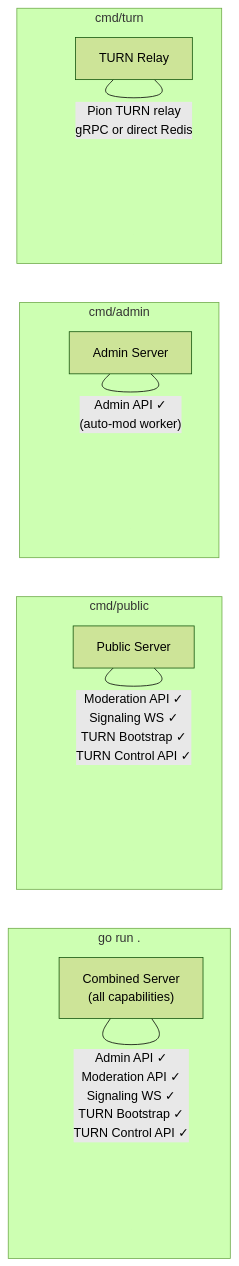
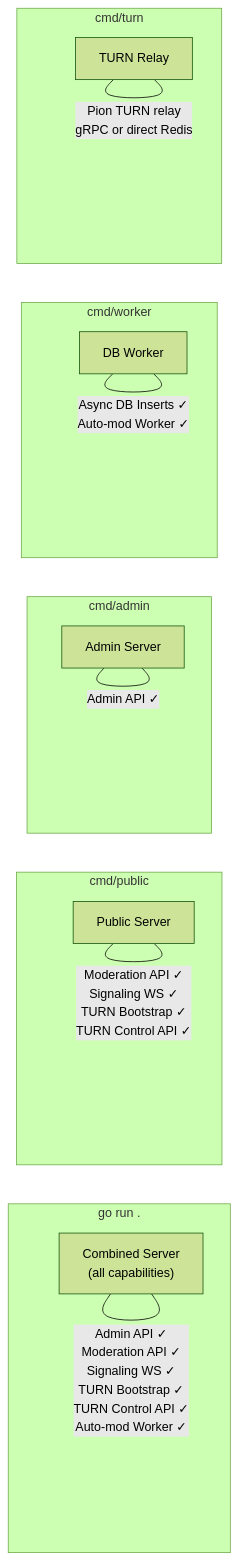
Before and after one commit to alessblaze/pairline: diagram 11 of 13 in ARCHITECTURE.md, drawn with Mermaid (forest theme). The commit also changed other lines of this file and 4 other files, not shown here.

````diff
--- a/ARCHITECTURE.md
+++ b/ARCHITECTURE.md
@@ -532,26 +544,32 @@
 ```mermaid
 graph LR
     subgraph "go run ."
         Combined["Combined Server<br/>(all capabilities)"]
     end
 
     subgraph "cmd/public"
         Public["Public Server"]
     end
 
     subgraph "cmd/admin"
         Admin["Admin Server"]
     end
 
+    subgraph "cmd/worker"
+        Worker["DB Worker"]
+    end
+
     subgraph "cmd/turn"
         Turn["TURN Relay"]
     end
 
-    Combined ---|"Admin API ✓<br/>Moderation API ✓<br/>Signaling WS ✓<br/>TURN Bootstrap ✓<br/>TURN Control API ✓"| Combined
+    Combined ---|"Admin API ✓<br/>Moderation API ✓<br/>Signaling WS ✓<br/>TURN Bootstrap ✓<br/>TURN Control API ✓<br/>Auto-mod Worker ✓"| Combined
 
     Public ---|"Moderation API ✓<br/>Signaling WS ✓<br/>TURN Bootstrap ✓<br/>TURN Control API ✓"| Public
 
-    Admin ---|"Admin API ✓<br/>(auto-mod worker)"| Admin
+    Admin ---|"Admin API ✓"| Admin
+
+    Worker ---|"Async DB Inserts ✓<br/>Auto-mod Worker ✓"| Worker
 
     Turn ---|"Pion TURN relay<br/>gRPC or direct Redis"| Turn
 ```
````
